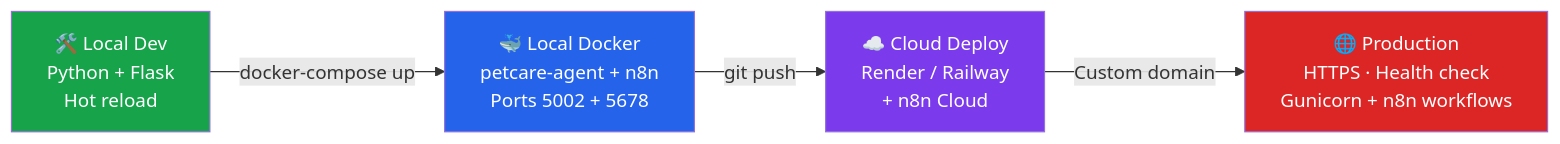
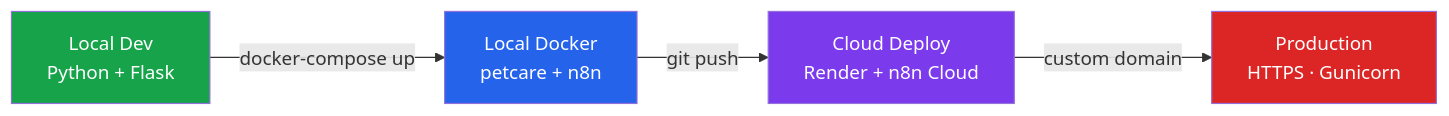
One commit to FergieFeng/resume-alignment-engine changed the fourth of 4 diagrams in README.md. Above: the diagram before and after it, drawn with Mermaid. The commit also changed other lines of this file, not shown here.

First line of the commit message:
fix: rewrite mermaid diagrams for clean GitHub rendering

````diff
--- a/README.md
+++ b/README.md
@@ -244,11 +165,16 @@
 ```mermaid
 graph LR
-    DEV["🛠️ Local Dev<br/>Python + Flask<br/>Hot reload"] -->|"docker-compose up"| DOCKER_LOCAL["🐳 Local Docker<br/>petcare-agent + n8n<br/>Ports 5002 + 5678"]
-    DOCKER_LOCAL -->|"git push"| CLOUD["☁️ Cloud Deploy<br/>Render / Railway<br/>+ n8n Cloud"]
-    CLOUD -->|"Custom domain"| PROD["🌐 Production<br/>HTTPS · Health check<br/>Gunicorn + n8n workflows"]
+    DEV["Local Dev<br/>Python + Flask"]
+    DOCK["Local Docker<br/>petcare + n8n"]
+    CLOUD["Cloud Deploy<br/>Render + n8n Cloud"]
+    PROD["Production<br/>HTTPS · Gunicorn"]
+
+    DEV -- docker-compose up --> DOCK
+    DOCK -- git push --> CLOUD
+    CLOUD -- custom domain --> PROD
 
     style DEV fill:#16a34a,color:#fff
-    style DOCKER_LOCAL fill:#2563eb,color:#fff
+    style DOCK fill:#2563eb,color:#fff
     style CLOUD fill:#7c3aed,color:#fff
     style PROD fill:#dc2626,color:#fff
 ```
````
